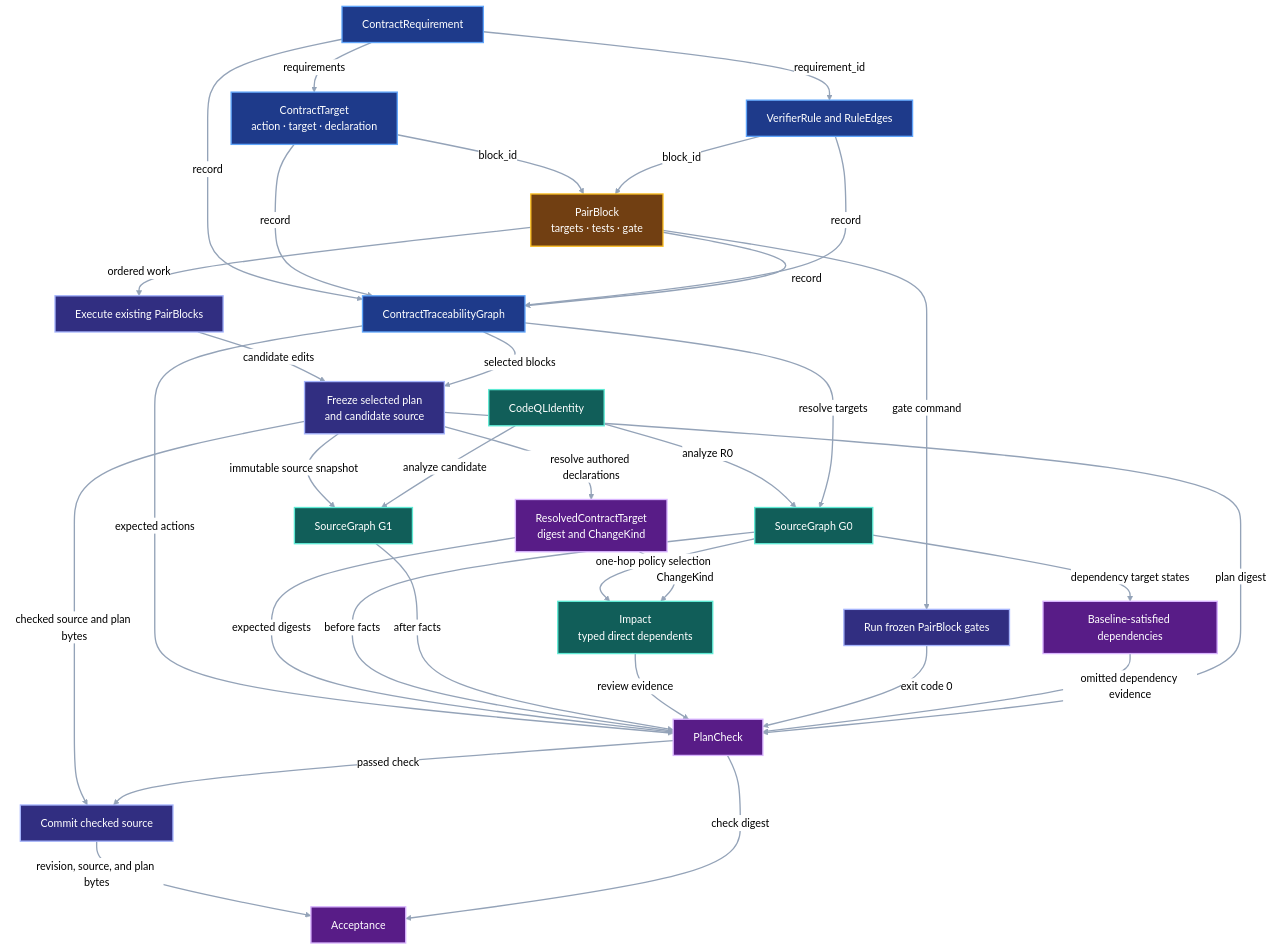
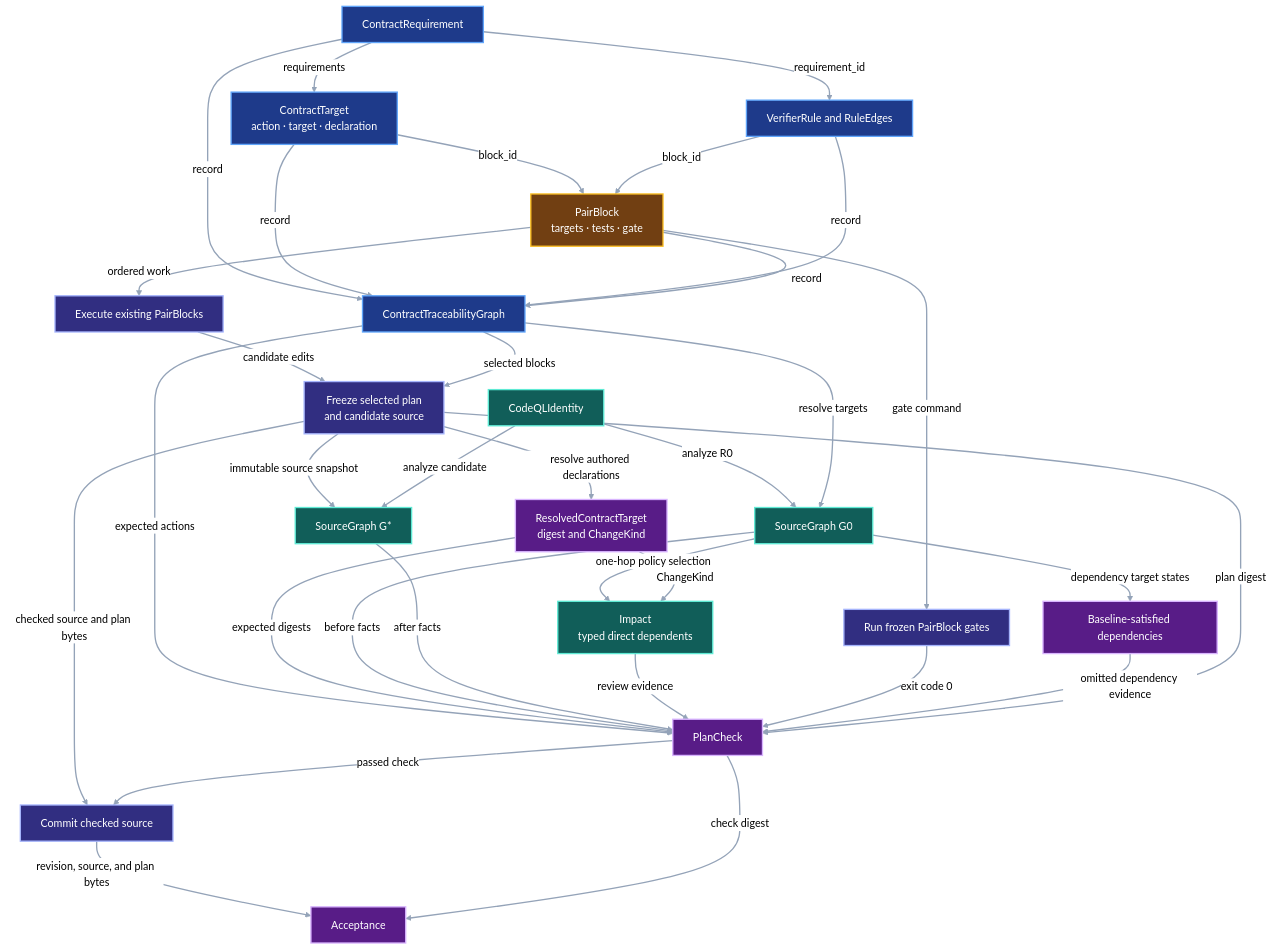
Before and after one commit to pvd232/viper: the third of 3 diagrams in docs/development/system-impact-compiler.md, drawn with Mermaid (neutral theme). The commit also changed other lines of this file and 5 other files, not shown here.

````diff
--- a/docs/development/system-impact-compiler.md
+++ b/docs/development/system-impact-compiler.md
@@ -196,65 +240,65 @@
 ```mermaid
 flowchart TB
     Requirement["ContractRequirement"]
     Target["ContractTarget<br/>action · target · declaration"]
     Rule["VerifierRule and RuleEdges"]
     Block["PairBlock<br/>targets · tests · gate"]
     CTG["ContractTraceabilityGraph"]
     CodeQL["CodeQLIdentity"]
     G0["SourceGraph G0"]
     Impact["Impact<br/>typed direct dependents"]
     Execute["Execute existing PairBlocks"]
     Freeze["Freeze selected plan<br/>and candidate source"]
-    G1["SourceGraph G1"]
+    Gs["SourceGraph G*"]
     Resolved["ResolvedContractTarget<br/>digest and ChangeKind"]
     Check["PlanCheck"]
     Gates["Run frozen PairBlock gates"]
     Dependencies["Baseline-satisfied dependencies"]
     Commit["Commit checked source"]
     Acceptance["Acceptance"]
 
     Requirement -->|"requirements"| Target
     Requirement -->|"requirement_id"| Rule
     Target -->|"block_id"| Block
     Rule -->|"block_id"| Block
     Requirement -->|"record"| CTG
     Target -->|"record"| CTG
     Rule -->|"record"| CTG
     Block -->|"record"| CTG
     CodeQL -->|"analyze R0"| G0
     CTG -->|"resolve targets"| G0
     G0 -->|"one-hop policy selection"| Impact
     Block -->|"ordered work"| Execute
     Execute -->|"candidate edits"| Freeze
     CTG -->|"selected blocks"| Freeze
-    Freeze -->|"immutable source snapshot"| G1
+    Freeze -->|"immutable source snapshot"| Gs
     Freeze -->|"resolve authored declarations"| Resolved
-    CodeQL -->|"analyze candidate"| G1
+    CodeQL -->|"analyze candidate"| Gs
     Resolved -->|"ChangeKind"| Impact
     CTG -->|"expected actions"| Check
     Resolved -->|"expected digests"| Check
     G0 -->|"before facts"| Check
-    G1 -->|"after facts"| Check
+    Gs -->|"after facts"| Check
     Impact -->|"review evidence"| Check
     Block -->|"gate command"| Gates
     Gates -->|"exit code 0"| Check
     G0 -->|"dependency target states"| Dependencies
     Dependencies -->|"omitted dependency evidence"| Check
     Freeze -->|"plan digest"| Check
     Freeze -->|"checked source and plan bytes"| Commit
     Check -->|"passed check"| Commit
     Commit -->|"revision, source, and plan bytes"| Acceptance
     Check -->|"check digest"| Acceptance
 
     class Requirement,Target,Rule,CTG contract
     class Block checklist
-    class CodeQL,G0,G1,Impact evidence
+    class CodeQL,G0,Gs,Impact evidence
     class Execute,Freeze,Gates,Commit implementation
     class Resolved,Dependencies,Check,Acceptance output
     classDef contract fill:#1e3a8a,stroke:#60a5fa,color:#ffffff,stroke-width:2px
     classDef checklist fill:#713f12,stroke:#fbbf24,color:#ffffff,stroke-width:2px
     classDef evidence fill:#115e59,stroke:#5eead4,color:#ffffff,stroke-width:2px
     classDef implementation fill:#312e81,stroke:#a5b4fc,color:#ffffff,stroke-width:2px
     classDef output fill:#581c87,stroke:#d8b4fe,color:#ffffff,stroke-width:2px
     linkStyle default stroke:#94a3b8,stroke-width:2px
 ```
````
